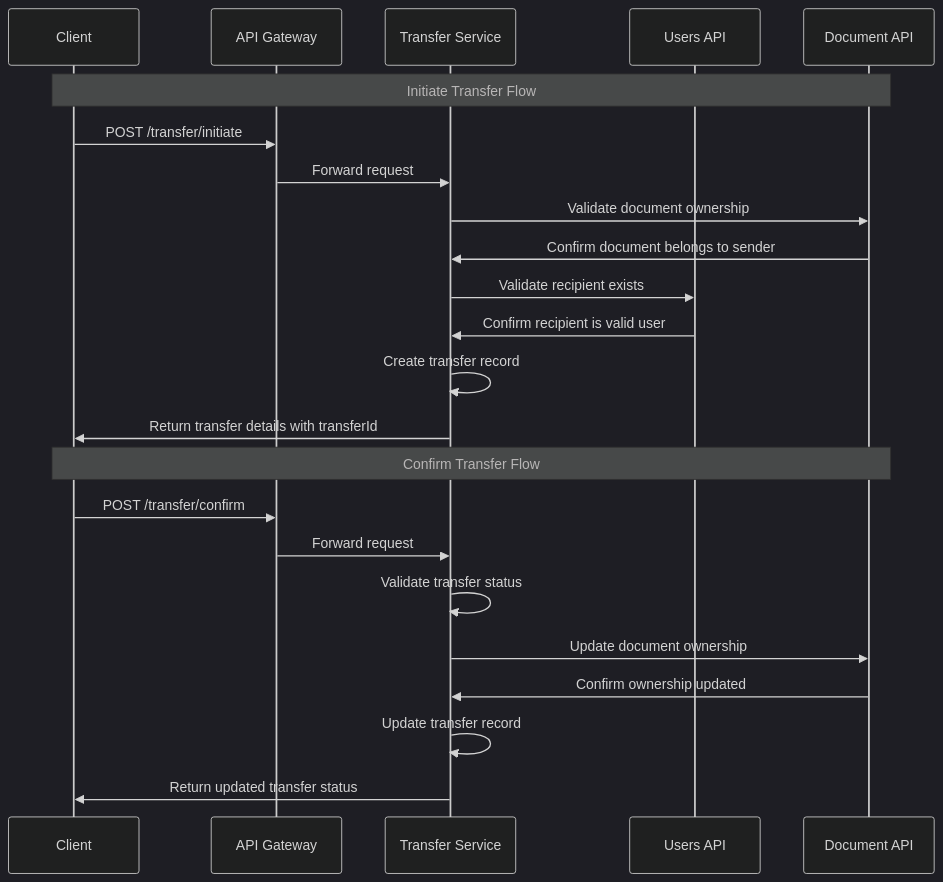
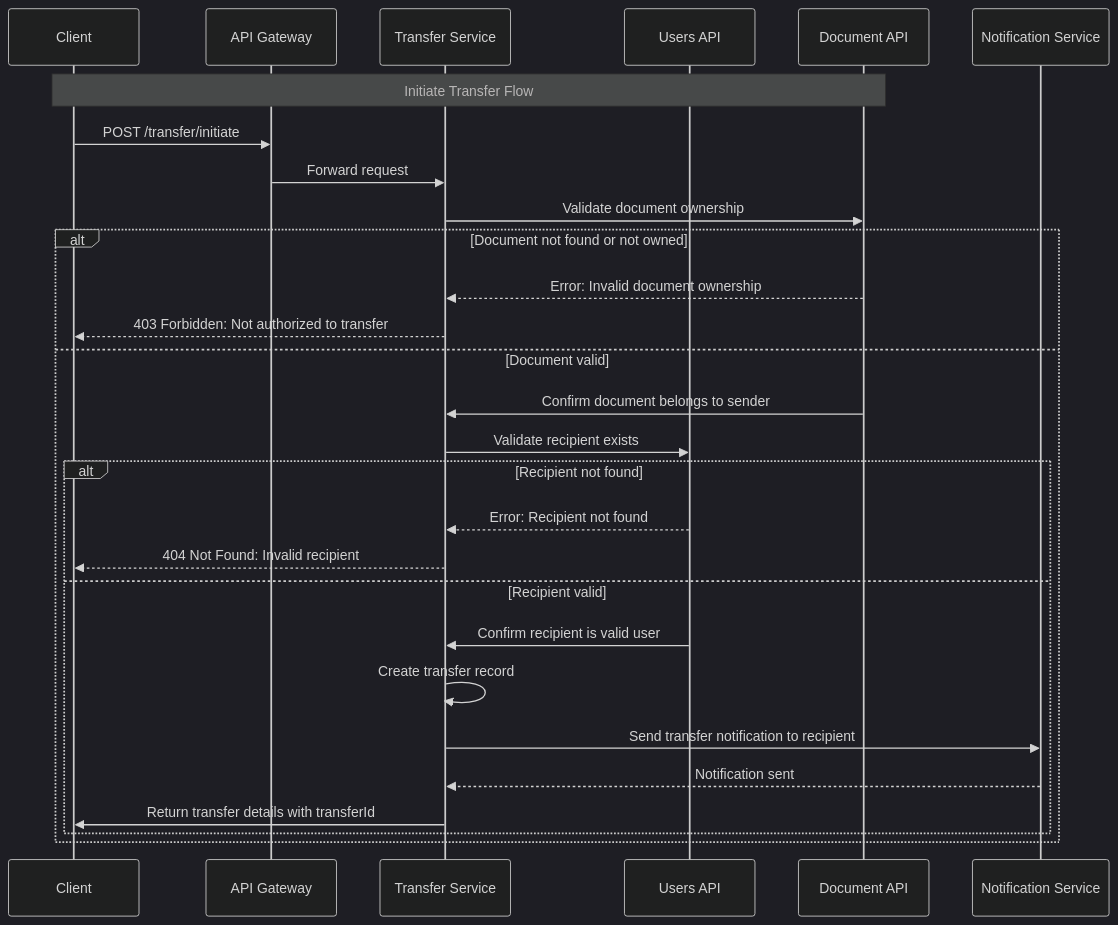
Before and after one commit to josuedanielbust/docucol: the second of 2 diagrams in docs/architecture/C3-TransferComponent.md, drawn with Mermaid (dark theme). The commit also changed 12 other files, not shown here.

````diff
--- a/docs/architecture/C3-TransferComponent.md
+++ b/docs/architecture/C3-TransferComponent.md
@@ -36,27 +36,37 @@
 ```mermaid
 sequenceDiagram
     participant C as Client
     participant G as API Gateway
     participant T as Transfer Service
     participant U as Users API
     participant D as Document API
+    participant N as Notification Service
     
     note over C,D: Initiate Transfer Flow
     C->>G: POST /transfer/initiate 
     G->>T: Forward request
+    
+    %% Validation Steps
     T->>D: Validate document ownership
-    D->>T: Confirm document belongs to sender
-    T->>U: Validate recipient exists
-    U->>T: Confirm recipient is valid user
-    T->>T: Create transfer record
-    T->>C: Return transfer details with transferId
     
-    note over C,D: Confirm Transfer Flow
-    C->>G: POST /transfer/confirm
-    G->>T: Forward request
-    T->>T: Validate transfer status
-    T->>D: Update document ownership
-    D->>T: Confirm ownership updated
-    T->>T: Update transfer record
-    T->>C: Return updated transfer status
+    alt Document not found or not owned
+        D-->>T: Error: Invalid document ownership
+        T-->>C: 403 Forbidden: Not authorized to transfer
+    else Document valid
+        D->>T: Confirm document belongs to sender
+        
+        T->>U: Validate recipient exists
+        
+        alt Recipient not found
+            U-->>T: Error: Recipient not found
+            T-->>C: 404 Not Found: Invalid recipient
+        else Recipient valid
+            U->>T: Confirm recipient is valid user
+            
+            T->>T: Create transfer record
+            T->>N: Send transfer notification to recipient
+            N-->>T: Notification sent
+            T->>C: Return transfer details with transferId
+        end
+    end
 ```
````
